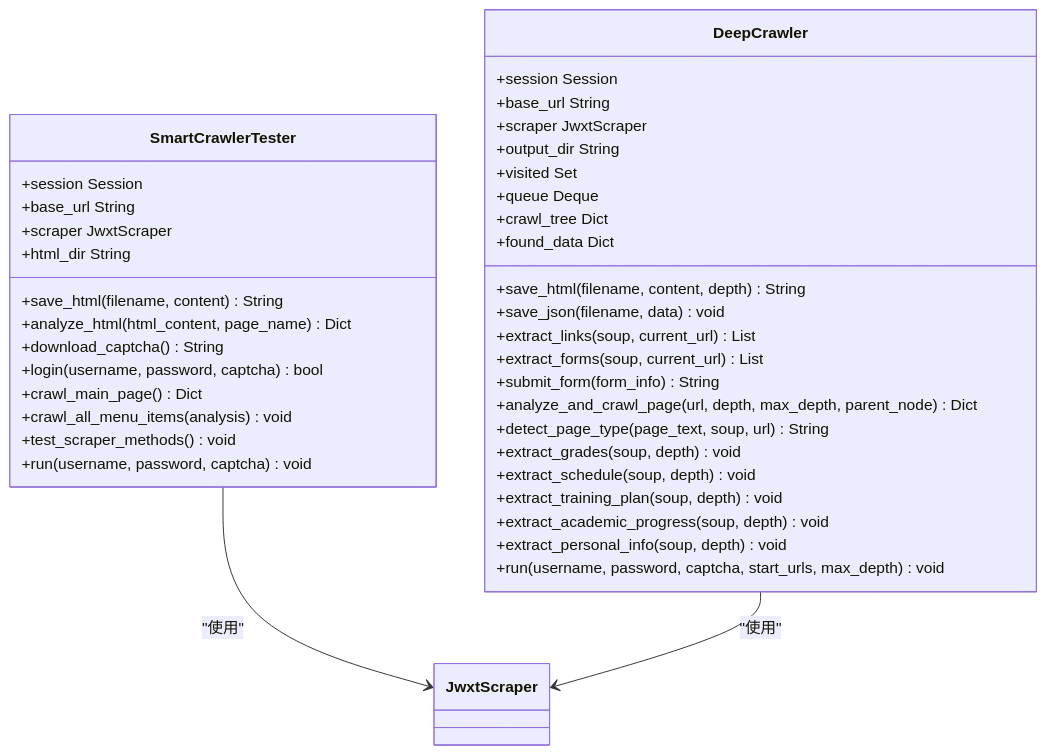
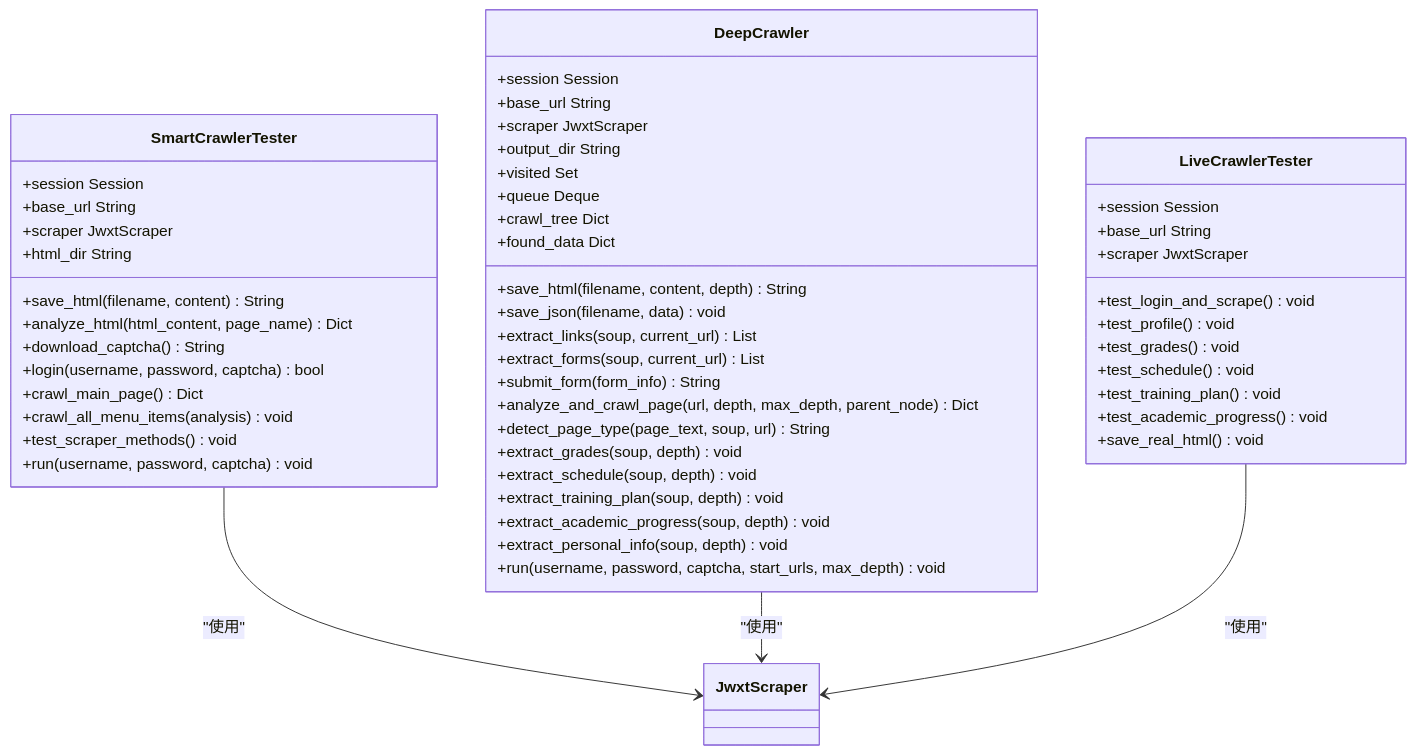
Before and after one commit to ghbbn053-ship-itsoulddog/soulddog: the sixth of 13 diagrams in .qoder/repowiki/zh/content/开发指南/测试策略/爬虫验证报告.md, drawn with Mermaid. The commit also changed other lines of this file and 10 other files, not shown here.

````diff
--- a/.qoder/repowiki/zh/content/开发指南/测试策略/爬虫验证报告.md
+++ b/.qoder/repowiki/zh/content/开发指南/测试策略/爬虫验证报告.md
@@ -338,42 +370,55 @@
 ```mermaid
 classDiagram
 class SmartCrawlerTester {
 +session Session
 +base_url String
 +scraper JwxtScraper
 +html_dir String
 +save_html(filename, content) String
 +analyze_html(html_content, page_name) Dict
 +download_captcha() String
 +login(username, password, captcha) bool
 +crawl_main_page() Dict
 +crawl_all_menu_items(analysis) void
 +test_scraper_methods() void
 +run(username, password, captcha) void
 }
 class DeepCrawler {
 +session Session
 +base_url String
 +scraper JwxtScraper
 +output_dir String
 +visited Set
 +queue Deque
 +crawl_tree Dict
 +found_data Dict
 +save_html(filename, content, depth) String
 +save_json(filename, data) void
 +extract_links(soup, current_url) List
 +extract_forms(soup, current_url) List
 +submit_form(form_info) String
 +analyze_and_crawl_page(url, depth, max_depth, parent_node) Dict
 +detect_page_type(page_text, soup, url) String
 +extract_grades(soup, depth) void
 +extract_schedule(soup, depth) void
 +extract_training_plan(soup, depth) void
 +extract_academic_progress(soup, depth) void
 +extract_personal_info(soup, depth) void
 +run(username, password, captcha, start_urls, max_depth) void
 }
+class LiveCrawlerTester {
++session Session
++base_url String
++scraper JwxtScraper
++test_login_and_scrape() void
++test_profile() void
++test_grades() void
++test_schedule() void
++test_training_plan() void
++test_academic_progress() void
++save_real_html() void
+}
 SmartCrawlerTester --> JwxtScraper : "使用"
 DeepCrawler --> JwxtScraper : "使用"
+LiveCrawlerTester --> JwxtScraper : "使用"
 ```
````
